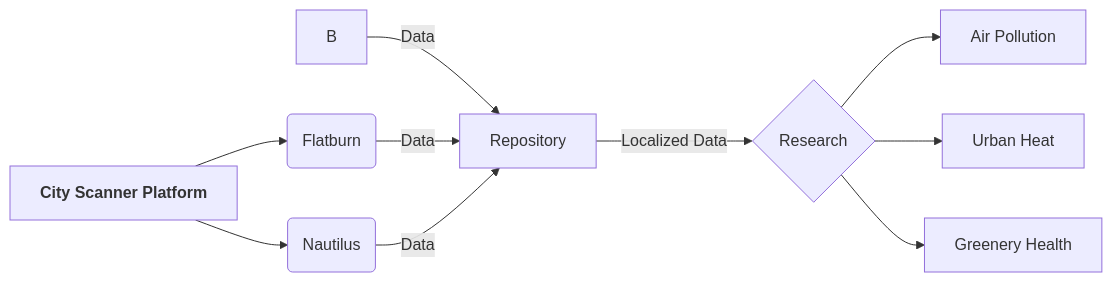
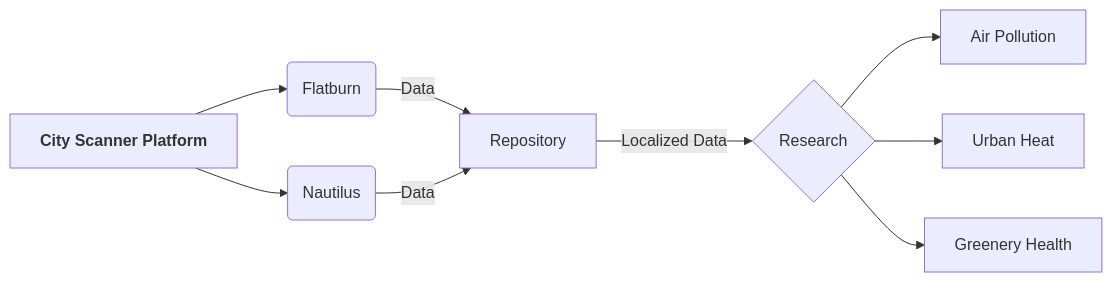
The diagram in documentation/content/explore/platform.md (MIT-Senseable-City-Lab/flatburn-lte), drawn with Mermaid before and after one commit.

Commit message:
fixed platform graph

````diff
--- a/documentation/content/explore/platform.md
+++ b/documentation/content/explore/platform.md
@@ -10,16 +10,15 @@
  ```mermaid
 graph LR;
     A[City Scanner Platform] -->C(Flatburn)
     A[<b>City Scanner Platform</b>] -->D(Nautilus)
 
-    B --> |Data| E[Repository]
     C --> |Data| E[Repository]
     D --> |Data| E[Repository]
 
     E --> |Localized Data| F{Research}
 
     F --> G[Air Pollution]
     F --> H[Urban Heat]
     F --> I[Greenery Health]
 
 ```
````
